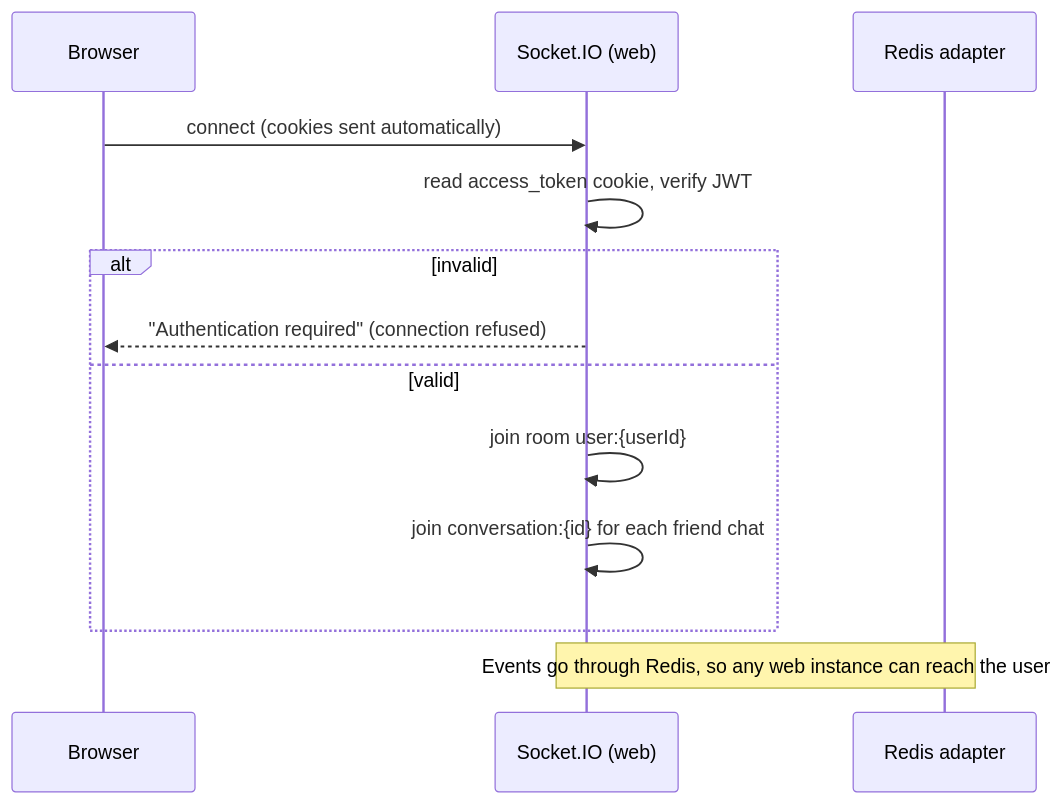
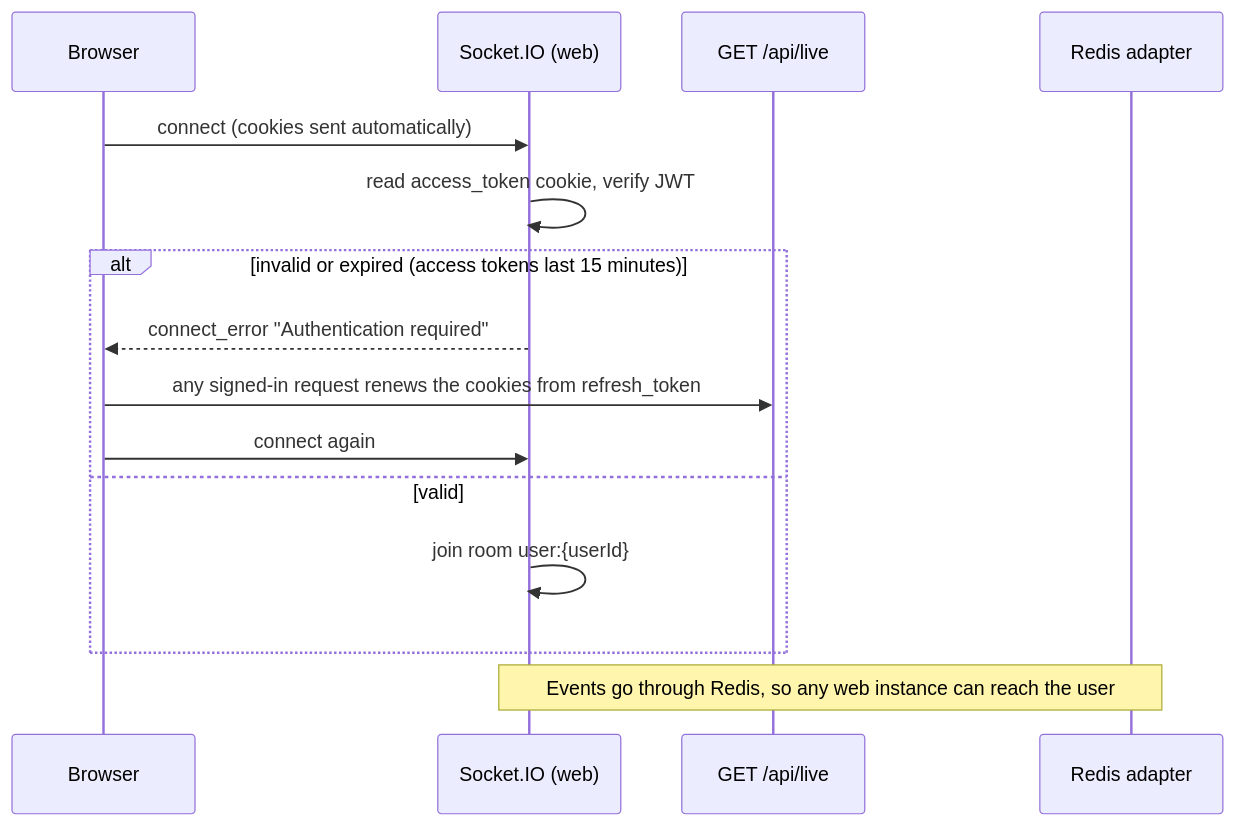
One commit to AkioCkist/Oremus changed the first of 4 diagrams in docs/MESSAGING_AND_NOTIFICATIONS.md. Above: the diagram before and after it, drawn with Mermaid. The commit also changed other lines of this file and 37 other files, not shown here.

````diff
--- a/docs/MESSAGING_AND_NOTIFICATIONS.md
+++ b/docs/MESSAGING_AND_NOTIFICATIONS.md
@@ -12,15 +12,17 @@
 ```mermaid
 sequenceDiagram
   participant B as Browser
   participant IO as Socket.IO (web)
+  participant L as GET /api/live
   participant R as Redis adapter
   B->>IO: connect (cookies sent automatically)
   IO->>IO: read access_token cookie, verify JWT
-  alt invalid
-    IO-->>B: "Authentication required" (connection refused)
+  alt invalid or expired (access tokens last 15 minutes)
+    IO-->>B: connect_error "Authentication required"
+    B->>L: any signed-in request renews the cookies from refresh_token
+    B->>IO: connect again
   else valid
     IO->>IO: join room user:{userId}
-    IO->>IO: join conversation:{id} for each friend chat
   end
   Note over IO,R: Events go through Redis, so any web instance can reach the user
 ```
````
